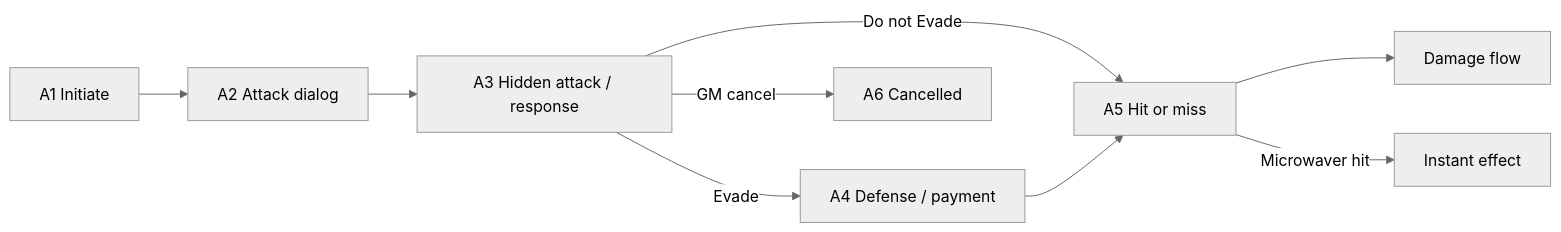
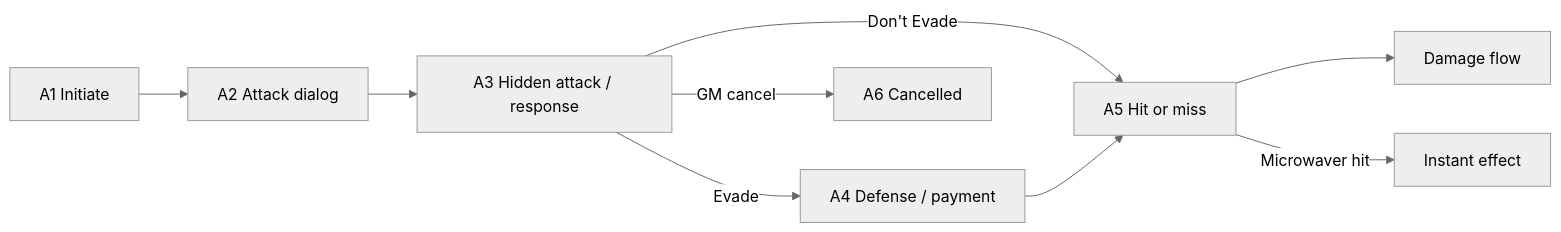
One commit to GMPneuma/PneumaCombatTools changed the second of 12 diagrams in docs/flow-map.md. Above: the diagram before and after it, drawn with Mermaid (neutral theme). The commit also changed other lines of this file and 78 other files, not shown here.

```diff
--- a/docs/flow-map.md
+++ b/docs/flow-map.md
@@ -33,11 +40,11 @@
 ~~~mermaid
 flowchart LR
  A1["A1 Initiate"] --> A2["A2 Attack dialog"]
  A2 --> A3["A3 Hidden attack / response"]
  A3 -->|Evade| A4["A4 Defense / payment"]
- A3 -->|Do not Evade| A5["A5 Hit or miss"]
+ A3 -->|Don't Evade| A5["A5 Hit or miss"]
  A4 --> A5
  A3 -->|GM cancel| A6["A6 Cancelled"]
  A5 --> D["Damage flow"]
  A5 -->|Microwaver hit| I["Instant effect"]
 ~~~
```
